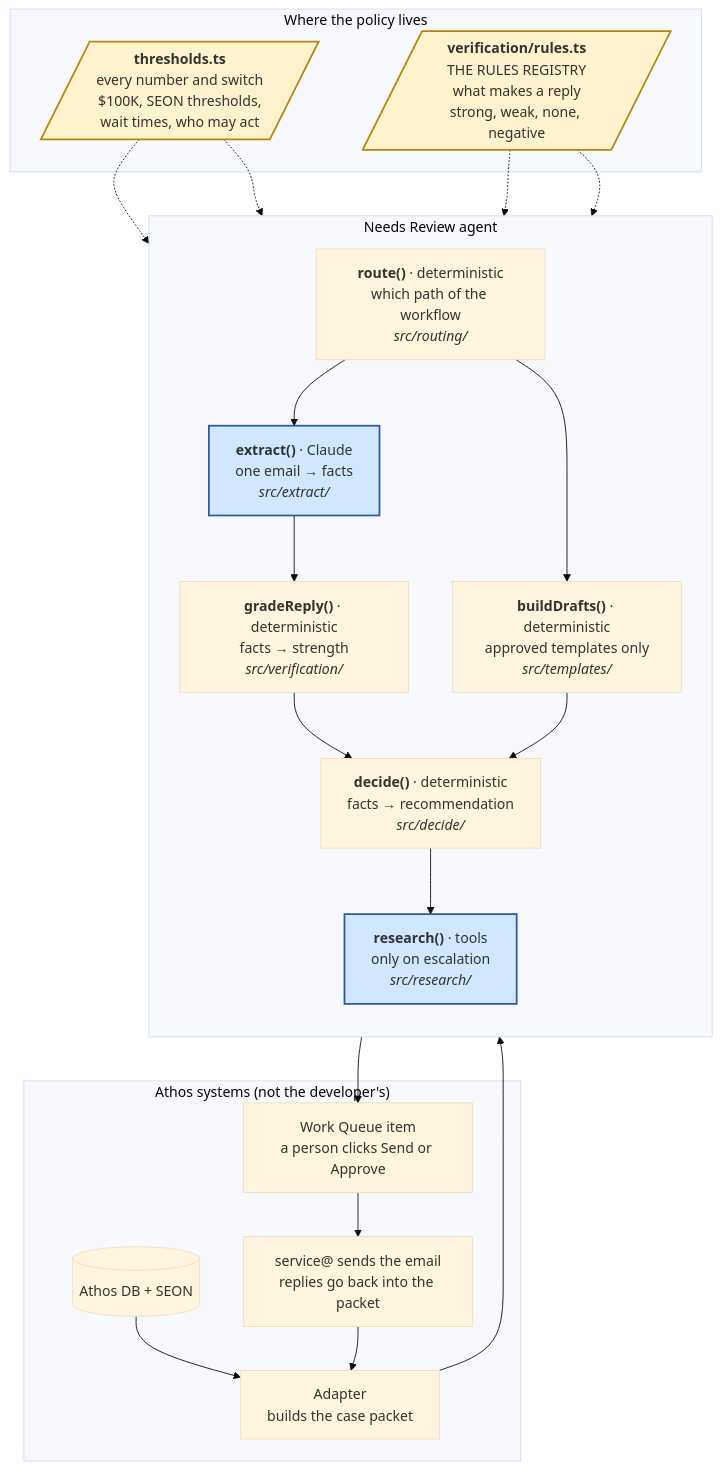
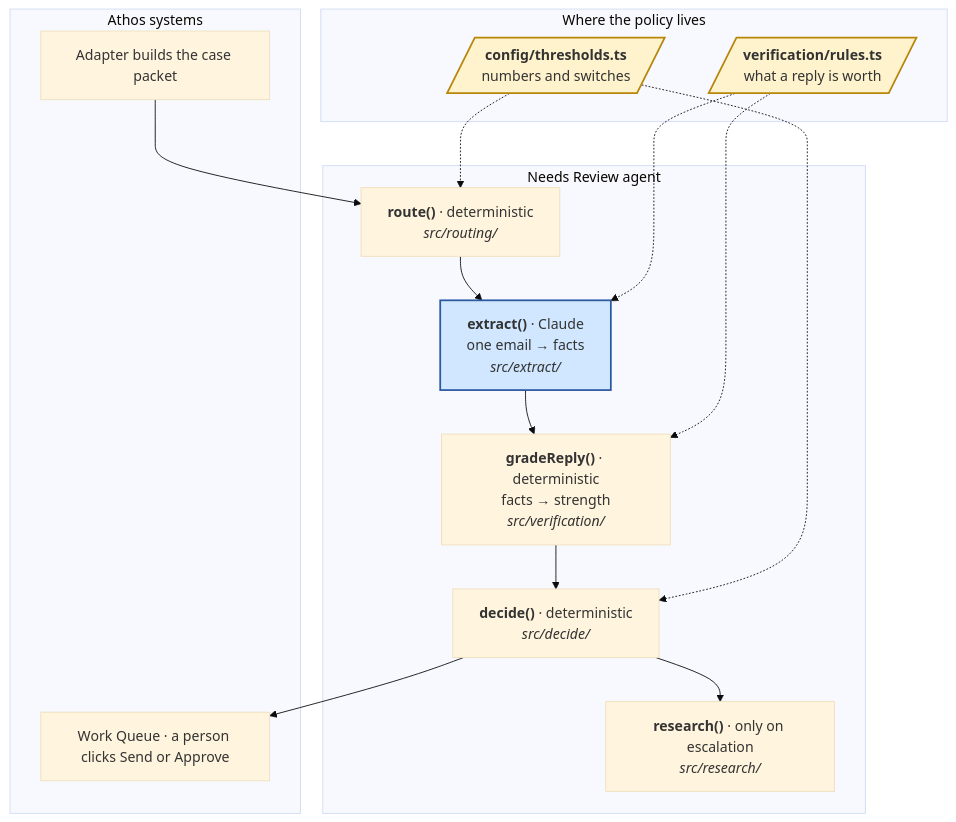
One commit to Joel-OConnor/athos-agent changed the diagram in docs/ARCHITECTURE.md. Above: the diagram before and after it, drawn with Mermaid (base theme). The commit also changed other lines of this file and 58 other files, not shown here.

````diff
--- a/docs/ARCHITECTURE.md
+++ b/docs/ARCHITECTURE.md
@@ -7,40 +3,27 @@
 ```mermaid
 flowchart TB
-    subgraph athos["Athos systems (not the developer's)"]
-        db[("Athos DB + SEON")]
-        adapter["Adapter<br/>builds the case packet"]
-        queue["Work Queue item<br/>a person clicks Send or Approve"]
-        mail["service@ sends the email<br/>replies go back into the packet"]
+    subgraph athos["Athos systems"]
+        adapter["Adapter builds the case packet"]
+        queue["Work Queue · a person clicks Send or Approve"]
     end
-
     subgraph agent["Needs Review agent"]
-        direction TB
-        route["<b>route()</b> · deterministic<br/>which path of the workflow<br/><i>src/routing/</i>"]
+        route["<b>route()</b> · deterministic<br/><i>src/routing/</i>"]
         extract["<b>extract()</b> · Claude<br/>one email → facts<br/><i>src/extract/</i>"]
         grade["<b>gradeReply()</b> · deterministic<br/>facts → strength<br/><i>src/verification/</i>"]
-        decide["<b>decide()</b> · deterministic<br/>facts → recommendation<br/><i>src/decide/</i>"]
-        drafts["<b>buildDrafts()</b> · deterministic<br/>approved templates only<br/><i>src/templates/</i>"]
-        research["<b>research()</b> · tools<br/>only on escalation<br/><i>src/research/</i>"]
+        decide["<b>decide()</b> · deterministic<br/><i>src/decide/</i>"]
+        research["<b>research()</b> · only on escalation<br/><i>src/research/</i>"]
     end
-
-    subgraph config["Where the policy lives"]
-        thresholds[/"<b>thresholds.ts</b><br/>every number and switch<br/>$100K, SEON thresholds,<br/>wait times, who may act"/]
-        rules[/"<b>verification/rules.ts</b><br/>THE RULES REGISTRY<br/>what makes a reply<br/>strong, weak, none, negative"/]
+    subgraph policy["Where the policy lives"]
+        thresholds[/"<b>config/thresholds.ts</b><br/>numbers and switches"/]
+        rules[/"<b>verification/rules.ts</b><br/>what a reply is worth"/]
     end
-
-    db --> adapter --> route
-    route --> extract --> grade --> decide
-    route --> drafts --> decide
+    adapter --> route --> extract --> grade --> decide --> queue
     decide --> research
-    decide --> queue --> mail --> adapter
-
     thresholds -.-> route
     thresholds -.-> decide
     rules -.-> grade
     rules -.-> extract
-
+    style extract fill:#d1e7ff,stroke:#2c5aa0,stroke-width:2px
     style rules fill:#fff3cd,stroke:#b8860b,stroke-width:2px
     style thresholds fill:#fff3cd,stroke:#b8860b,stroke-width:2px
-    style extract fill:#d1e7ff,stroke:#2c5aa0,stroke-width:2px
-    style research fill:#d1e7ff,stroke:#2c5aa0,stroke-width:2px
 ```
````
